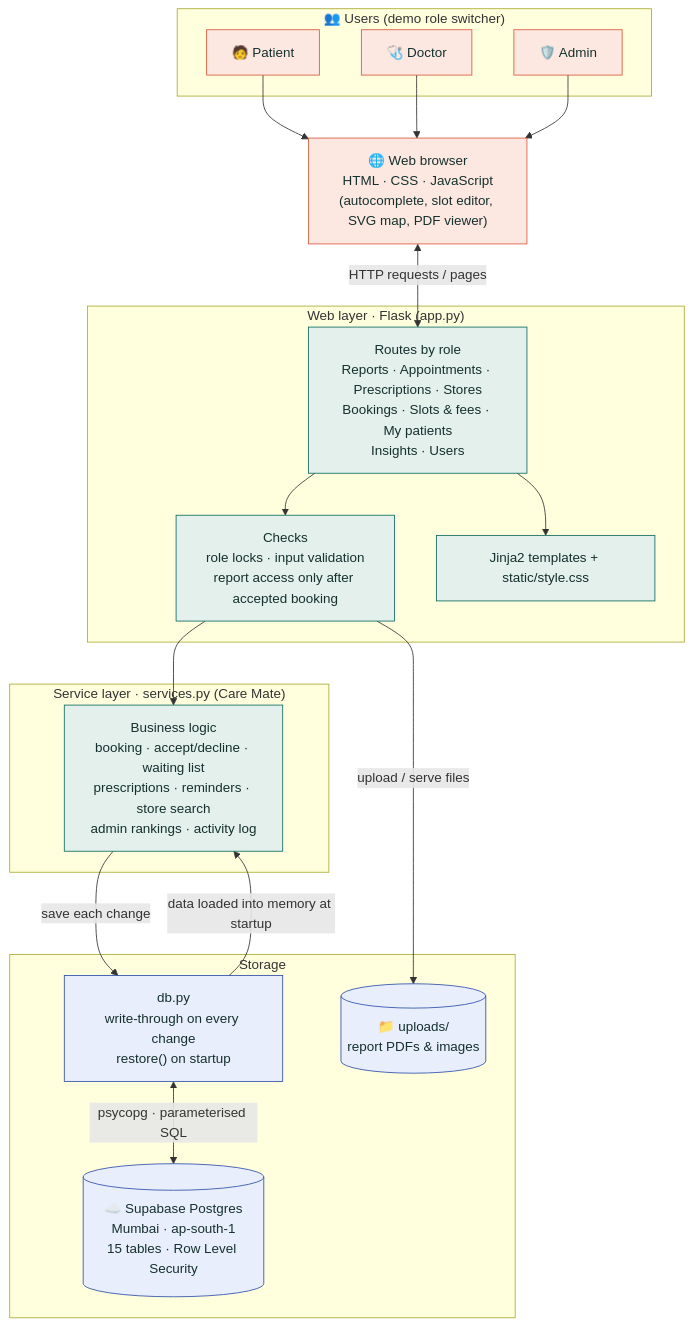
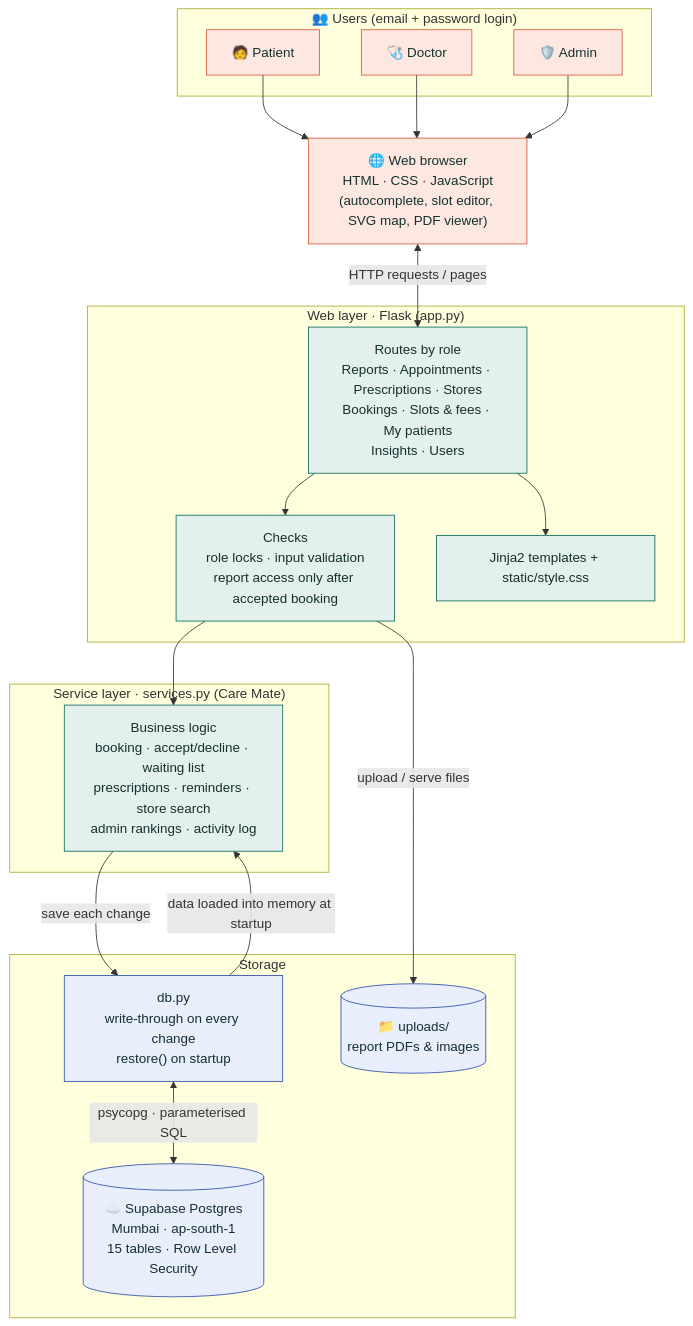
Before and after one commit to siddhantsancheti/CareMate: the diagram in README.md, drawn with Mermaid. The commit also changed other lines of this file and 32 other files, not shown here.

Commit message:
Add email and password login with sign-up, Kondhwa map around VIIT, simpler demo data

````diff
--- a/README.md
+++ b/README.md
@@ -58,48 +67,48 @@
 ```mermaid
 flowchart TB
     %% ---------- Users ----------
-    subgraph Users["👥 Users (demo role switcher)"]
+    subgraph Users["👥 Users (email + password login)"]
         P["🧑 Patient"]
         D["🩺 Doctor"]
         A["🛡️ Admin"]
     end
 
     Browser["🌐 Web browser<br/>HTML · CSS · JavaScript<br/>(autocomplete, slot editor, SVG map, PDF viewer)"]
     P --> Browser
     D --> Browser
     A --> Browser
 
     %% ---------- Web layer ----------
     subgraph Web["Web layer · Flask (app.py)"]
         Routes["Routes by role<br/>Reports · Appointments · Prescriptions · Stores<br/>Bookings · Slots & fees · My patients<br/>Insights · Users"]
         Guard["Checks<br/>role locks · input validation<br/>report access only after accepted booking"]
         Tpl["Jinja2 templates + static/style.css"]
         Routes --> Guard
         Routes --> Tpl
     end
     Browser <-->|"HTTP requests / pages"| Routes
 
     %% ---------- Service layer ----------
     subgraph Service["Service layer · services.py (Care Mate)"]
         Logic["Business logic<br/>booking · accept/decline · waiting list<br/>prescriptions · reminders · store search<br/>admin rankings · activity log"]
     end
     Guard --> Logic
 
     %% ---------- Storage ----------
     subgraph Storage["Storage"]
         DB["db.py<br/>write-through on every change<br/>restore() on startup"]
         SB[("☁️ Supabase Postgres<br/>Mumbai · ap-south-1<br/>15 tables · Row Level Security")]
         Files[("📁 uploads/<br/>report PDFs & images")]
         DB <-->|"psycopg · parameterised SQL"| SB
     end
     Logic -->|"save each change"| DB
     DB -->|"data loaded into memory at startup"| Logic
     Guard -->|"upload / serve files"| Files
 
     classDef user fill:#fde8e1,stroke:#d9583b,color:#15302d
     classDef web fill:#e3f0ec,stroke:#0e6b5f,color:#15302d
     classDef store fill:#e8eefc,stroke:#2f4fa8,color:#15302d
     class P,D,A,Browser user
     class Routes,Guard,Tpl,Logic web
     class DB,SB,Files store
 ```
````
